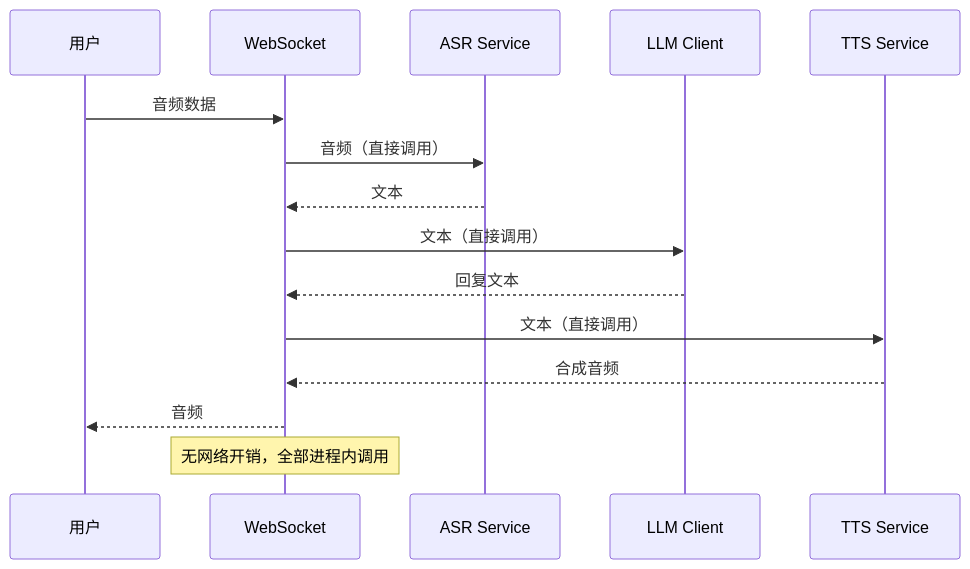
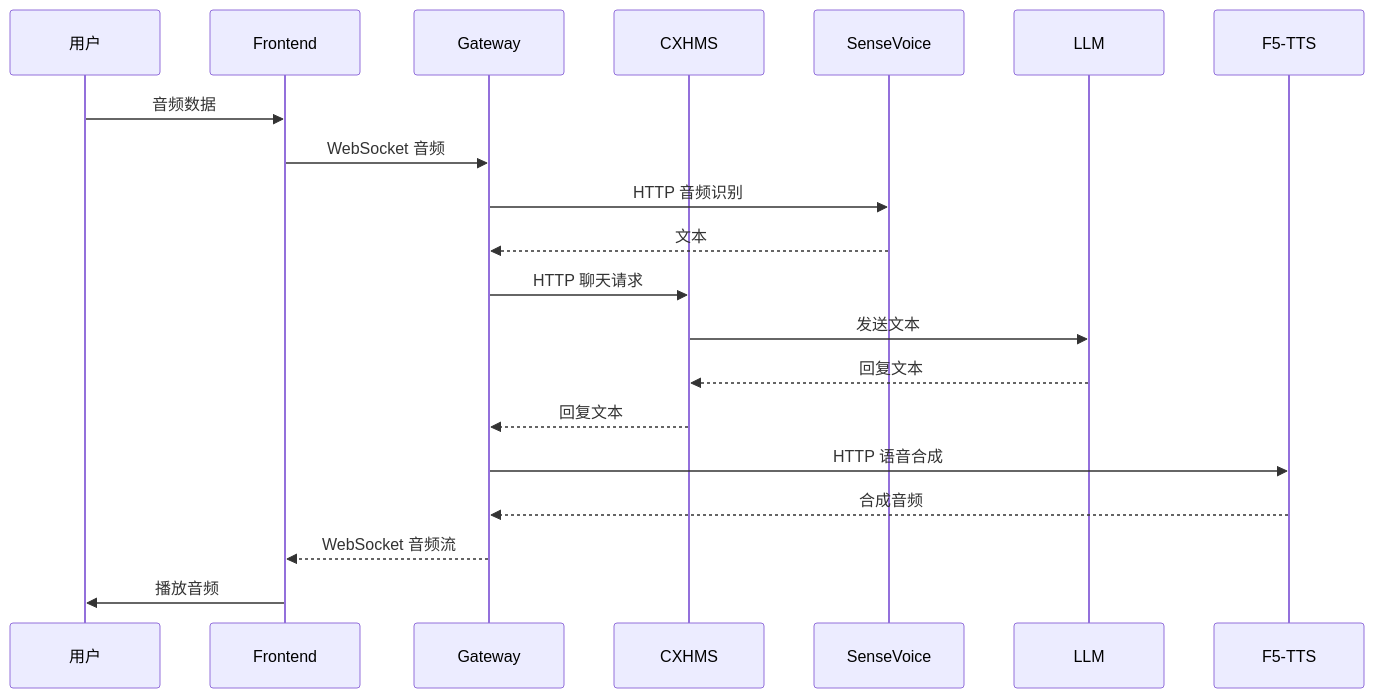
Before and after one commit to nbllt666/CX-O: the second of 4 diagrams in docs/ARCHITECTURE.md, drawn with Mermaid. The commit also changed other lines of this file and 22 other files, not shown here.

````diff
--- a/docs/ARCHITECTURE.md
+++ b/docs/ARCHITECTURE.md
@@ -119,19 +117,23 @@
 ```mermaid
 sequenceDiagram
     participant User as 用户
-    participant WS as WebSocket
-    participant ASR as ASR Service
-    participant LLM as LLM Client
-    participant TTS as TTS Service
+    participant FE as Frontend
+    participant Gateway as Gateway
+    participant CXHMS as CXHMS
+    participant ASR as SenseVoice
+    participant LLM as LLM
+    participant TTS as F5-TTS
 
-    User->>WS: 音频数据
-    WS->>ASR: 音频（直接调用）
-    ASR-->>WS: 文本
-    WS->>LLM: 文本（直接调用）
-    LLM-->>WS: 回复文本
-    WS->>TTS: 文本（直接调用）
-    TTS-->>WS: 合成音频
-    WS-->>User: 音频
-
-    Note over WS: 无网络开销，全部进程内调用
+    User->>FE: 音频数据
+    FE->>Gateway: WebSocket 音频
+    Gateway->>ASR: HTTP 音频识别
+    ASR-->>Gateway: 文本
+    Gateway->>CXHMS: HTTP 聊天请求
+    CXHMS->>LLM: 发送文本
+    LLM-->>CXHMS: 回复文本
+    CXHMS-->>Gateway: 回复文本
+    Gateway->>TTS: HTTP 语音合成
+    TTS-->>Gateway: 合成音频
+    Gateway-->>FE: WebSocket 音频流
+    FE->>User: 播放音频
 ```
````
